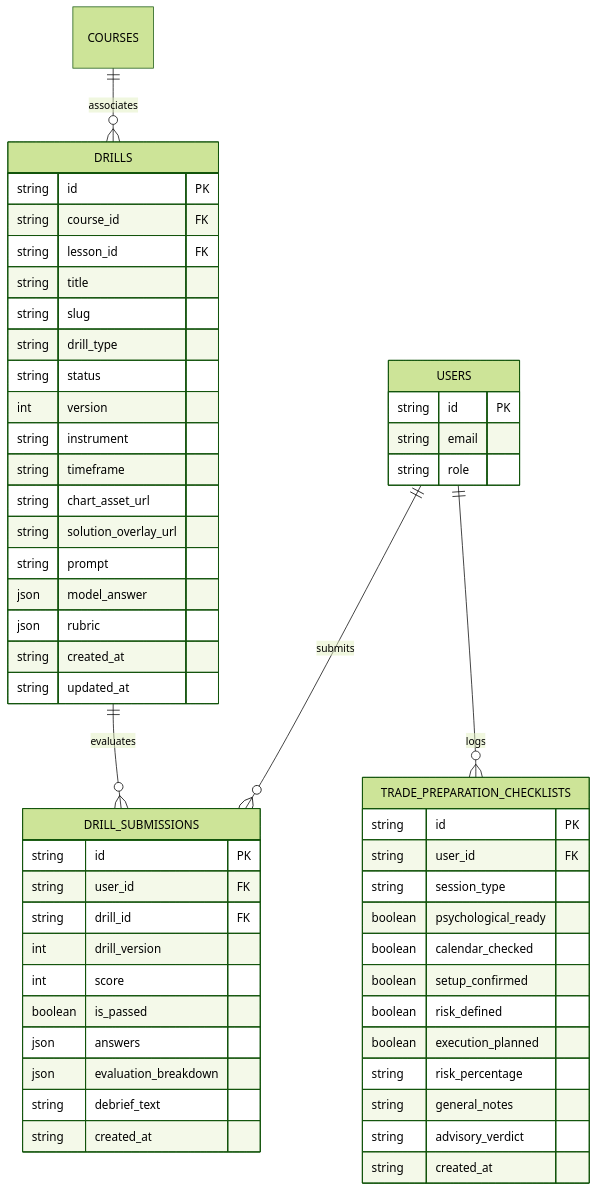
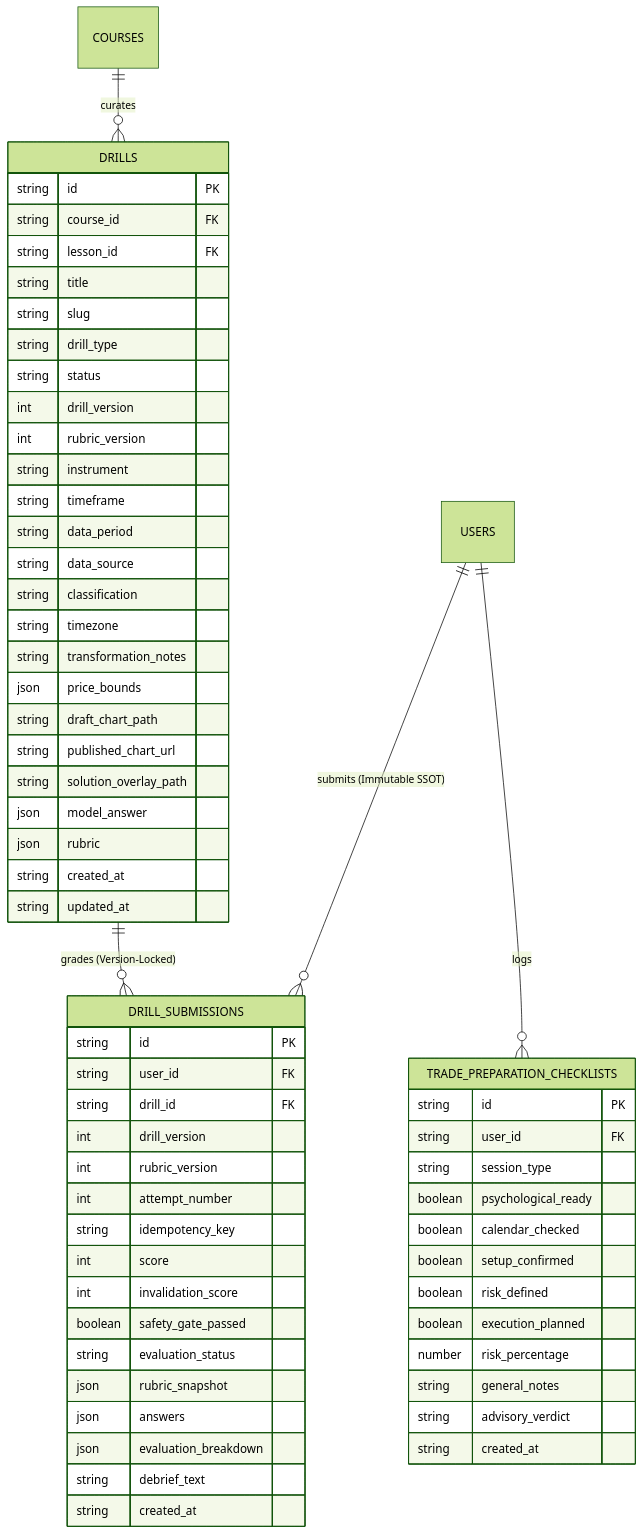
Before and after one commit to Apryn/Web-Edukasi-Casper: the diagram in docs/sprint-5/sprint-5-data-model.md, drawn with Mermaid (forest theme). The commit also changed other lines of this file and 59 other files, not shown here.

````diff
--- a/docs/sprint-5/sprint-5-data-model.md
+++ b/docs/sprint-5/sprint-5-data-model.md
@@ -21,61 +20,68 @@
 ```mermaid
 erDiagram
-    USERS ||--o{ DRILL_SUBMISSIONS : "submits"
+    USERS ||--o{ DRILL_SUBMISSIONS : "submits (Immutable SSOT)"
     USERS ||--o{ TRADE_PREPARATION_CHECKLISTS : "logs"
-    COURSES ||--o{ DRILLS : "associates"
-    DRILLS ||--o{ DRILL_SUBMISSIONS : "evaluates"
-
-    USERS {
-        string id PK
-        string email
-        string role
-    }
+    COURSES ||--o{ DRILLS : "curates"
+    DRILLS ||--o{ DRILL_SUBMISSIONS : "grades (Version-Locked)"
 
     DRILLS {
         string id PK
         string course_id FK
         string lesson_id FK
         string title
         string slug
         string drill_type
         string status
-        int version
+        int drill_version
+        int rubric_version
         string instrument
         string timeframe
-        string chart_asset_url
-        string solution_overlay_url
-        string prompt
+        string data_period
+        string data_source
+        string classification
+        string timezone
+        string transformation_notes
+        json price_bounds
+        string draft_chart_path
+        string published_chart_url
+        string solution_overlay_path
         json model_answer
         json rubric
         string created_at
         string updated_at
     }
 
     DRILL_SUBMISSIONS {
         string id PK
         string user_id FK
         string drill_id FK
         int drill_version
+        int rubric_version
+        int attempt_number
+        string idempotency_key
         int score
-        boolean is_passed
+        int invalidation_score
+        boolean safety_gate_passed
+        string evaluation_status
+        json rubric_snapshot
         json answers
         json evaluation_breakdown
         string debrief_text
         string created_at
     }
 
     TRADE_PREPARATION_CHECKLISTS {
         string id PK
         string user_id FK
         string session_type
         boolean psychological_ready
         boolean calendar_checked
         boolean setup_confirmed
         boolean risk_defined
         boolean execution_planned
-        string risk_percentage
+        number risk_percentage
         string general_notes
         string advisory_verdict
         string created_at
     }
 ```
````
